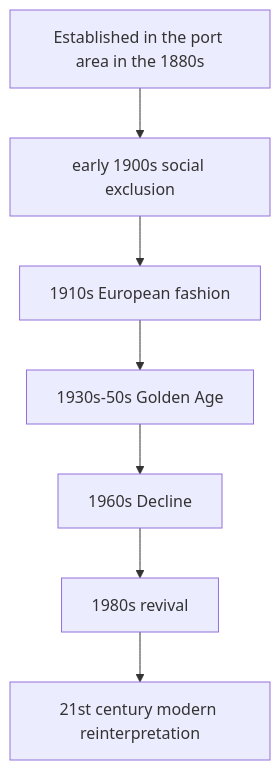
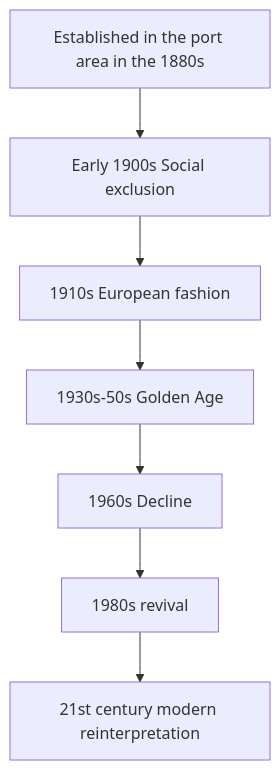
The diagram in en/_posts/2026-01-31-column-tango.md (monumental-movement/monumental-movement.github.io), drawn with Mermaid before and after one commit. The commit also changed other lines of this file and 399 other files, not shown here.

```diff
--- a/en/_posts/2026-01-31-column-tango.md
+++ b/en/_posts/2026-01-31-column-tango.md
@@ -181,9 +181,9 @@
 <div class="mermaid">
 graph TD
-A[Established in the port area in the 1880s] --> B[early 1900s social exclusion]
+A[Established in the port area in the 1880s] --> B[Early 1900s Social exclusion]
 B --> C[1910s European fashion]
 C --> D[1930s-50s Golden Age]
 D --> E[1960s Decline]
 E --> F[1980s revival]
 F --> G[21st century modern reinterpretation]
 </div>
```
